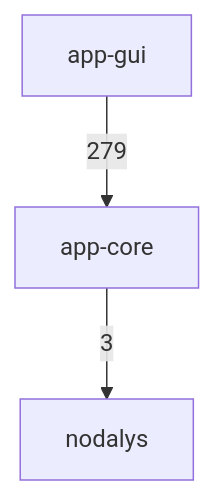
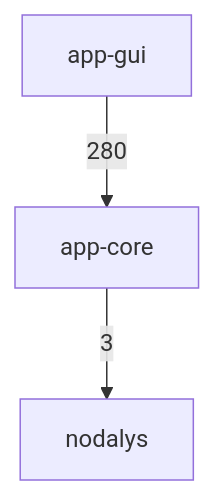
One commit to ronnymilleo/imcsim changed the first of 3 diagrams in docs/architecture.md. Above: the diagram before and after it, drawn with Mermaid. The commit also changed 32 other files, not shown here.

````diff
--- a/docs/architecture.md
+++ b/docs/architecture.md
@@ -22,8 +22,8 @@
 ```mermaid
 flowchart TD
     app_gui[app-gui]
     app_core[app-core]
     nodalys[nodalys]
     app_core -->|3| nodalys
-    app_gui -->|279| app_core
+    app_gui -->|280| app_core
 ```
````
